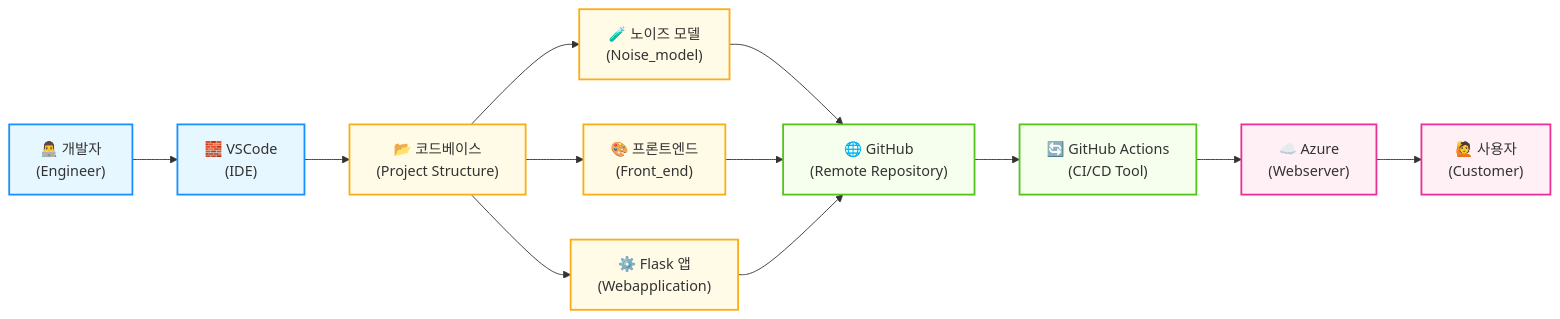
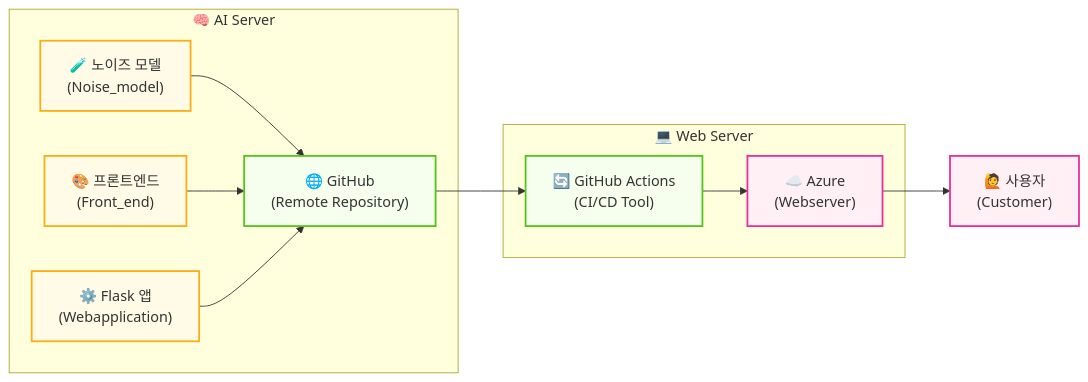
One commit to hyundairotemai2/AIFAKER changed the second of 3 diagrams in README.md. Above: the diagram before and after it, drawn with Mermaid.

````diff
--- a/README.md
+++ b/README.md
@@ -32,42 +32,37 @@
 ```mermaid
 flowchart LR
-    Engineer["👨‍💻 개발자<br/>(Engineer)"]
-    IDE["🧱 VSCode<br/>(IDE)"]
-    Codebase["📂 코드베이스<br/>(Project Structure)"]
-
     Model["🧪 노이즈 모델<br/>(Noise_model)"]
     Frontend["🎨 프론트엔드<br/>(Front_end)"]
     Backend["⚙️ Flask 앱<br/>(Webapplication)"]
 
     GitHub["🌐 GitHub<br/>(Remote Repository)"]
     Actions["🔄 GitHub Actions<br/>(CI/CD Tool)"]
     Azure["☁️ Azure<br/>(Webserver)"]
     Customer["🙋 사용자<br/>(Customer)"]
 
-    Engineer --> IDE
-    IDE --> Codebase
-    Codebase --> Model
-    Codebase --> Frontend
-    Codebase --> Backend
+    %% ✅ AI Server 그룹
+    subgraph "🧠 AI Server"
+        Model --> GitHub
+        Frontend --> GitHub
+        Backend --> GitHub
+    end
 
-    Model --> GitHub
-    Frontend --> GitHub
-    Backend --> GitHub
+    %% ✅ Web Server 그룹
+    subgraph "💻 Web Server"
+        GitHub --> Actions
+        Actions --> Azure
+    end
 
-    GitHub --> Actions
-    Actions --> Azure
     Azure --> Customer
 
     %% ✅ 클래스 정의 (노드 색상)
     classDef dev fill:#e6f7ff,stroke:#1890ff,stroke-width:2px;
     classDef code fill:#fffbe6,stroke:#faad14,stroke-width:2px;
     classDef infra fill:#f6ffed,stroke:#52c41a,stroke-width:2px;
     classDef deploy fill:#fff0f6,stroke:#eb2f96,stroke-width:2px;
 
     %% ✅ 클래스 적용
-    class Engineer,IDE dev;
-    class Codebase,Model,Frontend,Backend code;
+    class Model,Frontend,Backend code;
     class GitHub,Actions infra;
     class Azure,Customer deploy;
-
 ```
````
